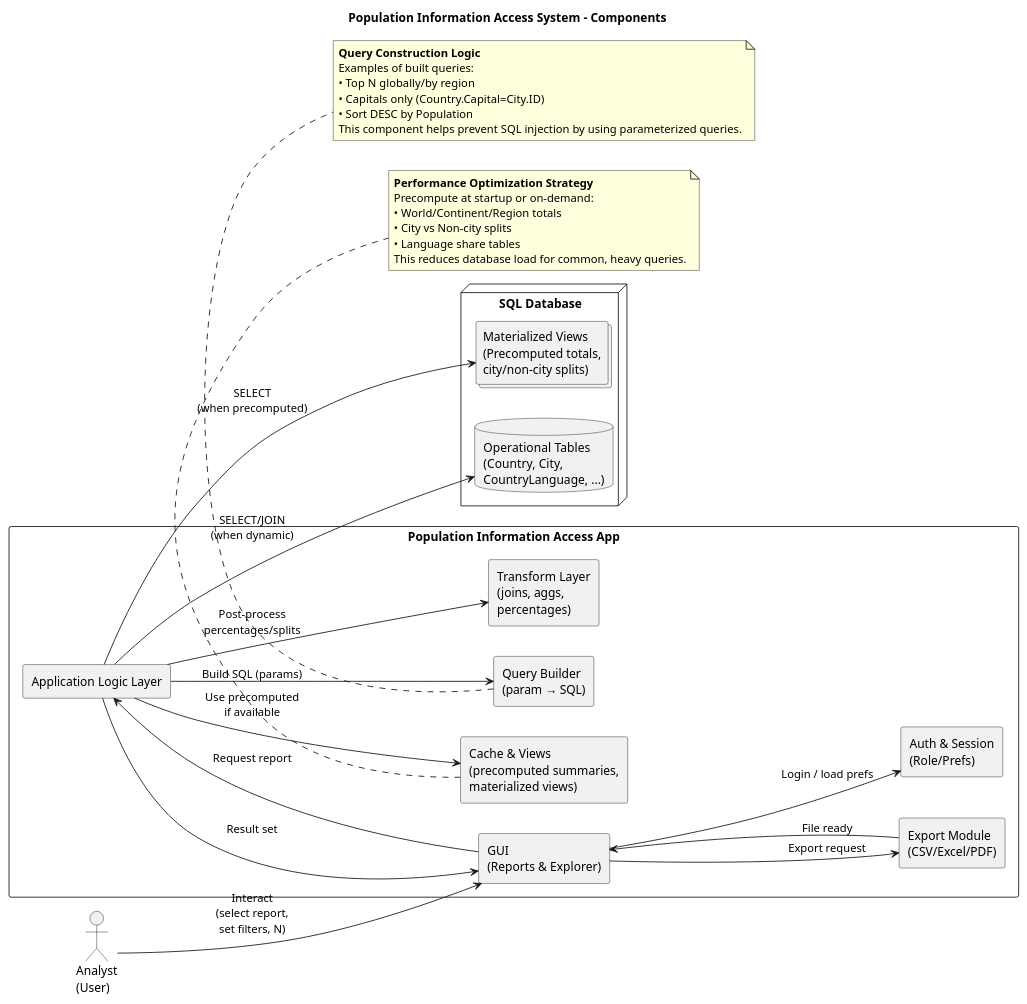
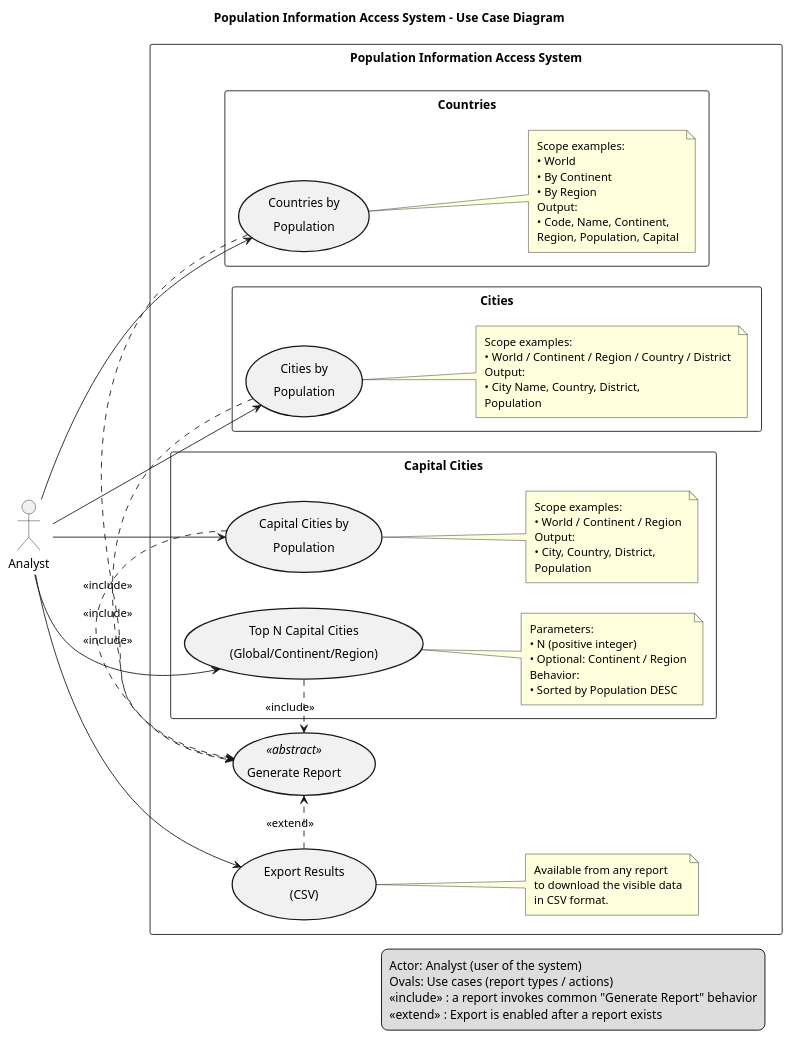
The diagram in use-cases/UseCaseDiagram.puml (SET08103-CW-Group4Fri11/devops), drawn with PlantUML before and after one commit. The commit also changed other lines of this file, not shown here.

Commit message:
updated UCD

```diff
--- a/use-cases/UseCaseDiagram.puml
+++ b/use-cases/UseCaseDiagram.puml
@@ -7,104 +1,113 @@
 @startuml
-title Population Information Access System – Components
+' ============================================================
+' Population Information Access System – Use Case Diagram
+' Fully commented script for clarity and marking
+' ============================================================
 
-' --- Styling Commands ---
-' Use clean, rectangular boxes for a modern, technical diagram feel.
+' ---------- Layout / look ----------
+title Population Information Access System – Use Case Diagram
+left to right direction
+skinparam shadowing false
 skinparam packageStyle rectangle
-skinparam componentStyle rectangle
-' Disable shadows to reduce visual noise and improve clarity.
-skinparam shadowing false
-' Arrange the layout from left (user) to right (data source).
-left to right direction
+skinparam usecase {
+BorderThickness 1.5
+RoundCorner 20
+' Keep labels readable and wrapped
+FontSize 14
+}
+' (Optional) tighten spacing so groups fit nicely
+skinparam Padding 4
 
-' --- External Actor ---
-' The primary user of the system, who interacts via the Graphical User Interface.
-actor "Analyst\n(User)" as User
+' ---------- Primary actor ----------
+actor "Analyst" as Analyst
+' The Analyst is the only external actor interacting with the system.
 
-' --- Application Layer Package ---
-' This package contains all the software components that make up the web application.
-package "Population Information Access App" {
-  ' The main user interface for displaying reports and an interactive data explorer.
-  component "GUI\n(Reports & Explorer)" as GUI
+' ---------- System boundary (the app you’re building) ----------
+rectangle "Population Information Access System" as System {
 
-  ' Handles the generation and delivery of report files in various formats.
-  component "Export Module\n(CSV/Excel/PDF)" as Export
+' --- A small “generic” use case to show common behavior (optional but helpful) ---
+' Think of this as the common entry point that each concrete report triggers internally.
+usecase "Generate Report" as UC0 <<abstract>>
 
-  ' Manages user authentication, authorization, and session preferences.
-  component "Auth & Session\n(Role/Prefs)" as Auth
-
-  ' The core orchestration layer. It processes requests and coordinates between other components.
-  component "Application Logic Layer" as Service
-
-  ' Dynamically constructs safe SQL queries based on user-provided parameters (filters, top N, etc.).
-  component "Query Builder\n(param → SQL)" as QBuilder
-
-  ' Performs in-memory data processing that is complex or inefficient in pure SQL (e.g., calculated percentages).
-  component "Transform Layer\n(joins, aggs,\npercentages)" as Transform
-
-  ' Stores frequently accessed, expensive-to-calculate data to improve performance.
-  component "Cache & Views\n(precomputed summaries,\nmaterialized views)" as Cache
+' ---------------- Countries reports ----------------
+package "Countries" as Countries {
+usecase "Countries by\nPopulation" as UC_COUNTRIES
+' Example inputs: scope = World/Continent/Region, order = DESC
+note right of UC_COUNTRIES
+Scope examples:
+• World
+• By Continent
+• By Region
+Output:
+• Code, Name, Continent,
+Region, Population, Capital
+end note
 }
 
-' --- Database Layer Node ---
-' Represents the physical database server containing the persistent data.
-node "SQL Database" as DB {
-  ' The raw, normalized tables containing the base population and geographic data.
-  database "Operational Tables\n(Country, City,\nCountryLanguage, ...)" as Tables
-  ' Database-level precomputed tables for complex queries, updated periodically.
-  collections "Materialized Views\n(Precomputed totals,\ncity/non-city splits)" as MViews
+' ---------------- Cities reports ----------------
+package "Cities" as Cities {
+usecase "Cities by\nPopulation" as UC_CITIES
+note right of UC_CITIES
+Scope examples:
+• World / Continent / Region / Country / District
+Output:
+• City Name, Country, District,
+Population
+end note
 }
 
-' --- Data Flow and Interactions ---
+' ---------------- Capital cities reports ----------------
+package "Capital Cities" as Capitals {
+usecase "Capital Cities by\nPopulation" as UC_CAPITALS
+usecase "Top N Capital Cities\n(Global/Continent/Region)" as UC_TOPN_CAPITALS
+note right of UC_CAPITALS
+Scope examples:
+• World / Continent / Region
+Output:
+• City, Country, District,
+Population
+end note
+note right of UC_TOPN_CAPITALS
+Parameters:
+• N (positive integer)
+• Optional: Continent / Region
+Behavior:
+• Sorted by Population DESC
+end note
+}
 
-' User initiates all interactions through the GUI.
-User --> GUI : Interact\n(select report,\nset filters, N)
-
-' The GUI ensures the user is authenticated before proceeding.
-GUI --> Auth : Login / load prefs
-
-' After login, the user's report request is sent to the backend logic.
-GUI --> Service : Request report
-
-' The Application Logic uses the Query Builder to create a tailored SQL query.
-Service --> QBuilder : Build SQL (params)
-
-' For some reports, raw SQL results need further processing (e.g., calculate % of total).
-Service --> Transform : Post-process\npercentages/splits
-
-' The Service first checks the Cache for precomputed results to avoid heavy DB loads.
-Service --> Cache : Use precomputed\nif available
-
-' If data isn't cached and requires complex, dynamic joins, it queries the base tables.
-Service --> Tables : SELECT/JOIN\n(when dynamic)
-
-' For pre-defined summaries (like total world population), it uses Materialized Views.
-Service --> MViews : SELECT\n(when precomputed)
-
-' The final, processed dataset is sent back to the GUI for display.
-Service --> GUI : Result set
-
-' The user can request to export the currently displayed data.
-GUI --> Export : Export request
-Export --> GUI : File ready
-
-' --- Explanatory Notes ---
-
-note bottom of Cache
-**Performance Optimization Strategy**
-Precompute at startup or on-demand:
-• World/Continent/Region totals
-• City vs Non-city splits
-• Language share tables
-This reduces database load for common, heavy queries.
+' ---------------- Utility / cross-cutting ----------------
+usecase "Export Results\n(CSV)" as UC_EXPORT
+note right of UC_EXPORT
+Available from any report
+to download the visible data
+in CSV format.
 end note
 
-note bottom of QBuilder
-**Query Construction Logic**
-Examples of built queries:
-• Top N globally/by region
-• Capitals only (Country.Capital=City.ID)
-• Sort DESC by Population
-This component helps prevent SQL injection by using parameterized queries.
-end note
+' ---------- Minimal relationships to keep diagram clear ----------
+' Analyst can trigger each concrete report and export.
+Analyst --> UC_COUNTRIES
+Analyst --> UC_CITIES
+Analyst --> UC_CAPITALS
+Analyst --> UC_TOPN_CAPITALS
+Analyst --> UC_EXPORT
+
+' Concrete reports internally use the generic "Generate Report" behavior.
+UC_COUNTRIES .> UC0 : <<include>>
+UC_CITIES .> UC0 : <<include>>
+UC_CAPITALS .> UC0 : <<include>>
+UC_TOPN_CAPITALS .> UC0 : <<include>>
+
+' Export is available once a report exists (optional extends relation keeps lines minimal).
+UC_EXPORT .> UC0 : <<extend>>
+}
+
+' ---------- Legend (helps during viva/presentation) ----------
+legend right
+Actor: Analyst (user of the system)
+Ovals: Use cases (report types / actions)
+<<include>> : a report invokes common "Generate Report" behavior
+<<extend>> : Export is enabled after a report exists
+end legend
 
 @enduml
```
